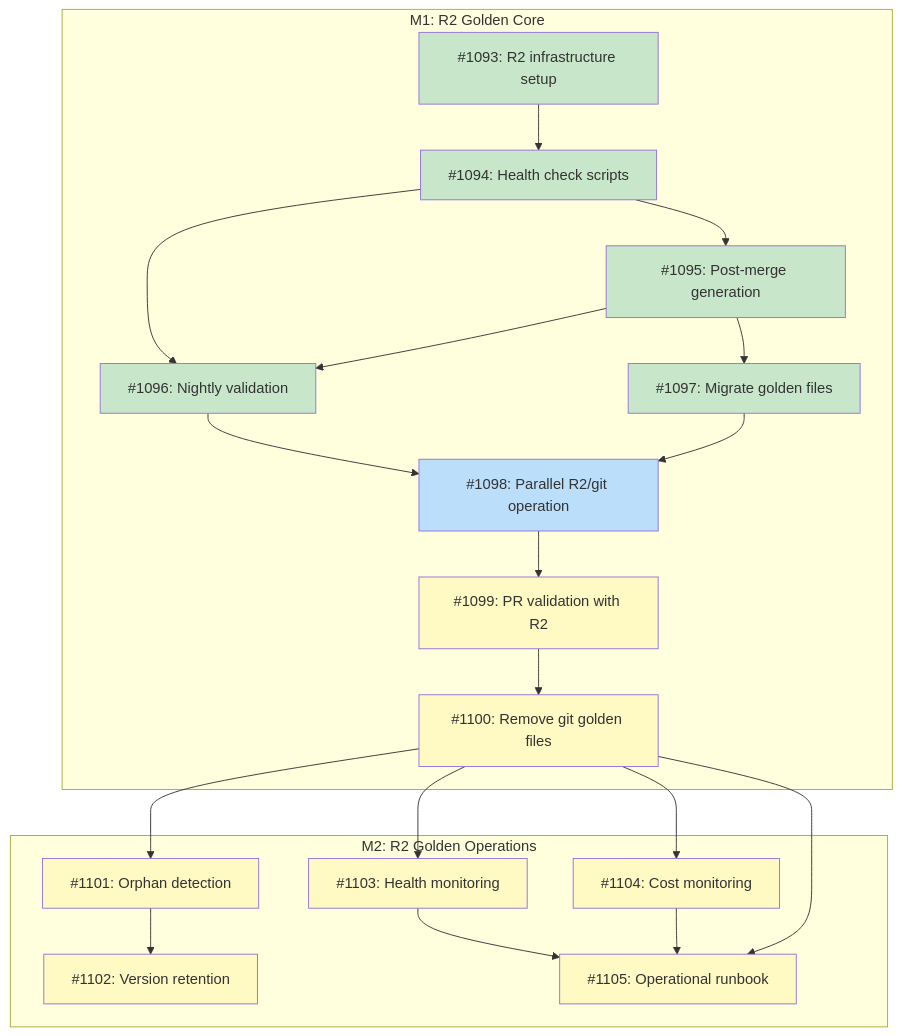
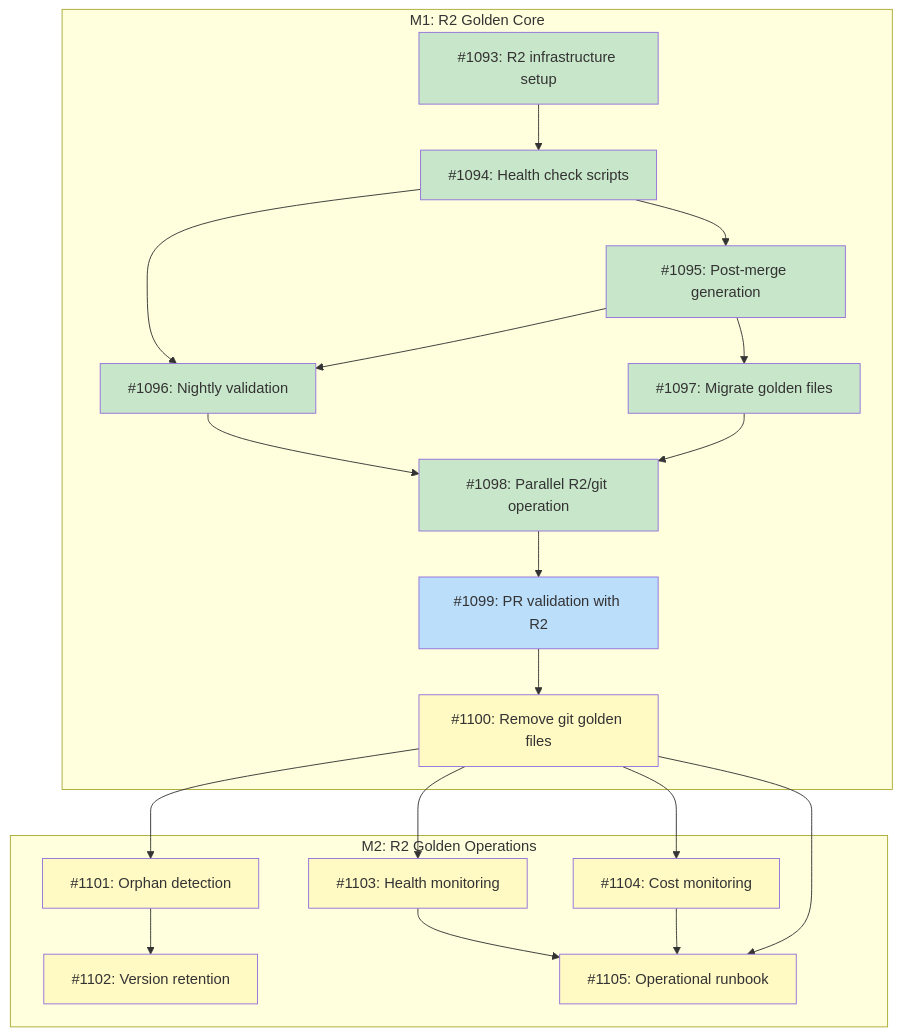
One commit to tsukumogami/tsuku changed the diagram in docs/designs/DESIGN-r2-golden-storage.md. Above: the diagram before and after it, drawn with Mermaid.

Commit message:
docs(r2-golden-storage): mark issues #1097 and #1098 as done
Update dependency graph to reflect completed issues and unblock #1099.

````diff
--- a/docs/designs/DESIGN-r2-golden-storage.md
+++ b/docs/designs/DESIGN-r2-golden-storage.md
@@ -41,48 +41,48 @@
 ```mermaid
 graph TD
     subgraph M1["M1: R2 Golden Core"]
         I1093["#1093: R2 infrastructure setup"]
         I1094["#1094: Health check scripts"]
         I1095["#1095: Post-merge generation"]
         I1096["#1096: Nightly validation"]
         I1097["#1097: Migrate golden files"]
         I1098["#1098: Parallel R2/git operation"]
         I1099["#1099: PR validation with R2"]
         I1100["#1100: Remove git golden files"]
     end
 
     subgraph M2["M2: R2 Golden Operations"]
         I1101["#1101: Orphan detection"]
         I1102["#1102: Version retention"]
         I1103["#1103: Health monitoring"]
         I1104["#1104: Cost monitoring"]
         I1105["#1105: Operational runbook"]
     end
 
     I1093 --> I1094
     I1094 --> I1095
     I1094 --> I1096
     I1095 --> I1096
     I1095 --> I1097
     I1096 --> I1098
     I1097 --> I1098
     I1098 --> I1099
     I1099 --> I1100
     I1100 --> I1101
     I1101 --> I1102
     I1100 --> I1103
     I1100 --> I1104
     I1103 --> I1105
     I1104 --> I1105
     I1100 --> I1105
 
     classDef done fill:#c8e6c9
     classDef ready fill:#bbdefb
     classDef blocked fill:#fff9c4
     classDef needsDesign fill:#e1bee7
 
-    class I1093,I1094,I1095,I1096,I1097 done
-    class I1098 ready
-    class I1099,I1100 blocked
+    class I1093,I1094,I1095,I1096,I1097,I1098 done
+    class I1099 ready
+    class I1100 blocked
     class I1101,I1102,I1103,I1104,I1105 blocked
 ```
````
